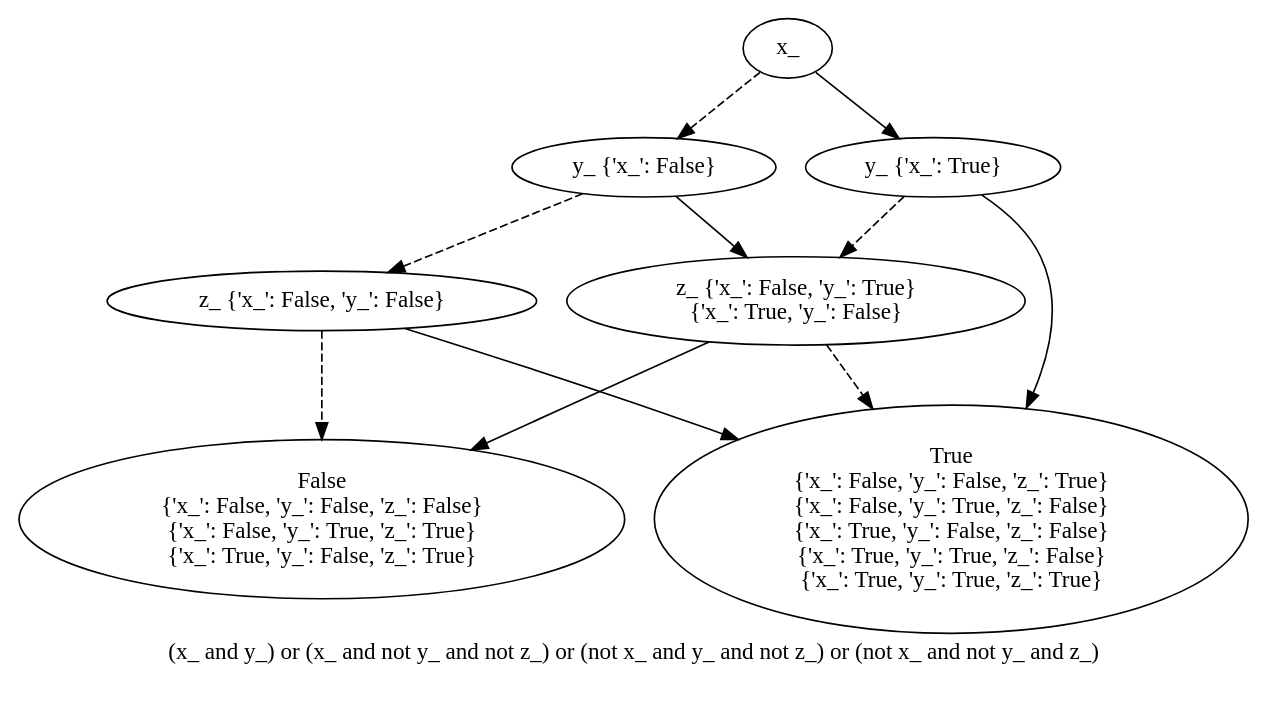
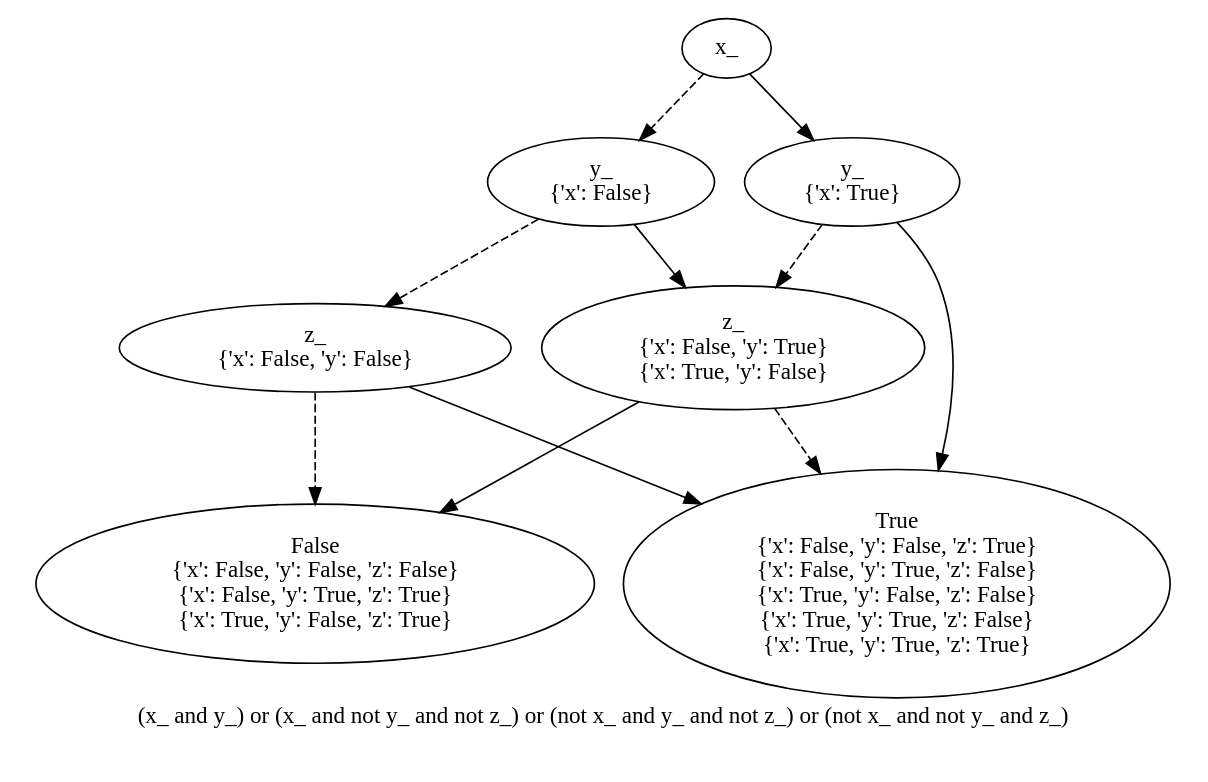
One commit to O1ez/IncreasingResilienceOfAutomatedVehicles changed the diagram in out/_start_1_bdd_f_replaced.dot. Above: the diagram before and after it, drawn with Graphviz. The commit also changed 20 other files, not shown here.

```diff
--- a/out/_start_1_bdd_f_replaced.dot
+++ b/out/_start_1_bdd_f_replaced.dot
@@ -1,46 +1,51 @@
 digraph{
 label="(x_ and y_) or (x_ and not y_ and not z_) or (not x_ and y_ and not z_) or (not x_ and not y_ and z_)\n\n"
-1889826361552[label=x_]1889826361808[label="y_ {'x_': False}"]
-1889826361552 -> 1889826361808[style=dashed]
-1889826363728[label="z_ {'x_': False, 'y_': False}"]
-1889826361808 -> 1889826363728[style=dashed]
-1889826363600[label="False
-{'x_': False, 'y_': False, 'z_': False}
-{'x_': False, 'y_': True, 'z_': True}
-{'x_': True, 'y_': False, 'z_': True}"]
-1889826363728 -> 1889826363600[style=dashed]
-1889826362960[label="True
-{'x_': False, 'y_': False, 'z_': True}
-{'x_': False, 'y_': True, 'z_': False}
-{'x_': True, 'y_': False, 'z_': False}
-{'x_': True, 'y_': True, 'z_': False}
-{'x_': True, 'y_': True, 'z_': True}"]
-1889826363728 -> 1889826362960
-1889826364880[label="z_ {'x_': False, 'y_': True}
-{'x_': True, 'y_': False}"]
-1889826361808 -> 1889826364880
-1889826362960[label="True
-{'x_': False, 'y_': False, 'z_': True}
-{'x_': False, 'y_': True, 'z_': False}
-{'x_': True, 'y_': False, 'z_': False}
-{'x_': True, 'y_': True, 'z_': False}
-{'x_': True, 'y_': True, 'z_': True}"]
-1889826364880 -> 1889826362960[style=dashed]
-1889826363600[label="False
-{'x_': False, 'y_': False, 'z_': False}
-{'x_': False, 'y_': True, 'z_': True}
-{'x_': True, 'y_': False, 'z_': True}"]
-1889826364880 -> 1889826363600
-1889826366416[label="y_ {'x_': True}"]
-1889826361552 -> 1889826366416
-1889826364880[label="z_ {'x_': False, 'y_': True}
-{'x_': True, 'y_': False}"]
-1889826366416 -> 1889826364880[style=dashed]
-1889826362960[label="True
-{'x_': False, 'y_': False, 'z_': True}
-{'x_': False, 'y_': True, 'z_': False}
-{'x_': True, 'y_': False, 'z_': False}
-{'x_': True, 'y_': True, 'z_': False}
-{'x_': True, 'y_': True, 'z_': True}"]
-1889826366416 -> 1889826362960
+2996655532912[label=x_]2996655531152[label="y_
+{'x': False}"]
+2996655532912 -> 2996655531152[style=dashed label="" fontcolor = gray]
+2996655532112[label="z_
+{'x': False, 'y': False}"]
+2996655531152 -> 2996655532112[style=dashed label="" fontcolor = gray]
+2996655532592[label="False
+{'x': False, 'y': False, 'z': False}
+{'x': False, 'y': True, 'z': True}
+{'x': True, 'y': False, 'z': True}"]
+2996655532112 -> 2996655532592[style=dashed label="" fontcolor = gray]
+2996655531952[label="True
+{'x': False, 'y': False, 'z': True}
+{'x': False, 'y': True, 'z': False}
+{'x': True, 'y': False, 'z': False}
+{'x': True, 'y': True, 'z': False}
+{'x': True, 'y': True, 'z': True}"]
+2996655532112 -> 2996655531952 [label="" fontcolor = gray]
+2996655533552[label="z_
+{'x': False, 'y': True}
+{'x': True, 'y': False}"]
+2996655531152 -> 2996655533552 [label="" fontcolor = gray]
+2996655531952[label="True
+{'x': False, 'y': False, 'z': True}
+{'x': False, 'y': True, 'z': False}
+{'x': True, 'y': False, 'z': False}
+{'x': True, 'y': True, 'z': False}
+{'x': True, 'y': True, 'z': True}"]
+2996655533552 -> 2996655531952[style=dashed label="" fontcolor = gray]
+2996655532592[label="False
+{'x': False, 'y': False, 'z': False}
+{'x': False, 'y': True, 'z': True}
+{'x': True, 'y': False, 'z': True}"]
+2996655533552 -> 2996655532592 [label="" fontcolor = gray]
+2996655534032[label="y_
+{'x': True}"]
+2996655532912 -> 2996655534032 [label="" fontcolor = gray]
+2996655533552[label="z_
+{'x': False, 'y': True}
+{'x': True, 'y': False}"]
+2996655534032 -> 2996655533552[style=dashed label="" fontcolor = gray]
+2996655531952[label="True
+{'x': False, 'y': False, 'z': True}
+{'x': False, 'y': True, 'z': False}
+{'x': True, 'y': False, 'z': False}
+{'x': True, 'y': True, 'z': False}
+{'x': True, 'y': True, 'z': True}"]
+2996655534032 -> 2996655531952 [label="" fontcolor = gray]
 }
```
